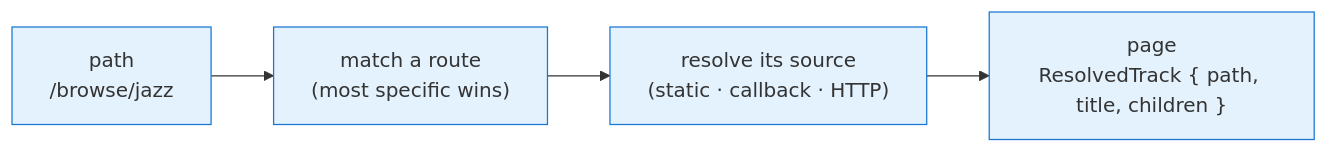
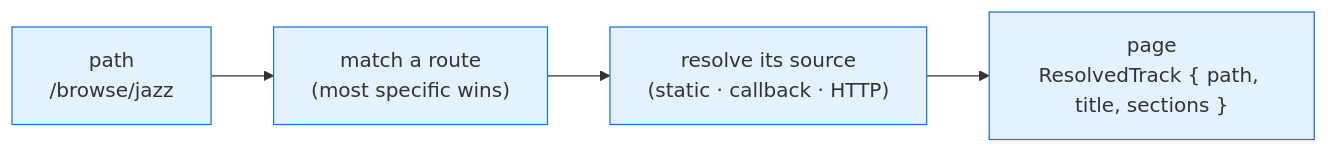
One commit to radio-garden/react-native-audio-browser changed the diagram in website/guide/browser.md. Above: the diagram before and after it, drawn with Mermaid. The commit also changed other lines of this file and 19 other files, not shown here.

````diff
--- a/website/guide/browser.md
+++ b/website/guide/browser.md
@@ -52,9 +52,9 @@
 ```mermaid
 graph LR
     P["path<br/>/browse/jazz"] --> M["match a route<br/>(most specific wins)"]
     M --> S["resolve its source<br/>(static · callback · HTTP)"]
-    S --> Page["page<br/>ResolvedTrack { path, title, children }"]
+    S --> Page["page<br/>ResolvedTrack { path, title, sections }"]
 
     classDef step fill:#e3f2fd,stroke:#1976d2
     class P,M,S,Page step
 ```
````
